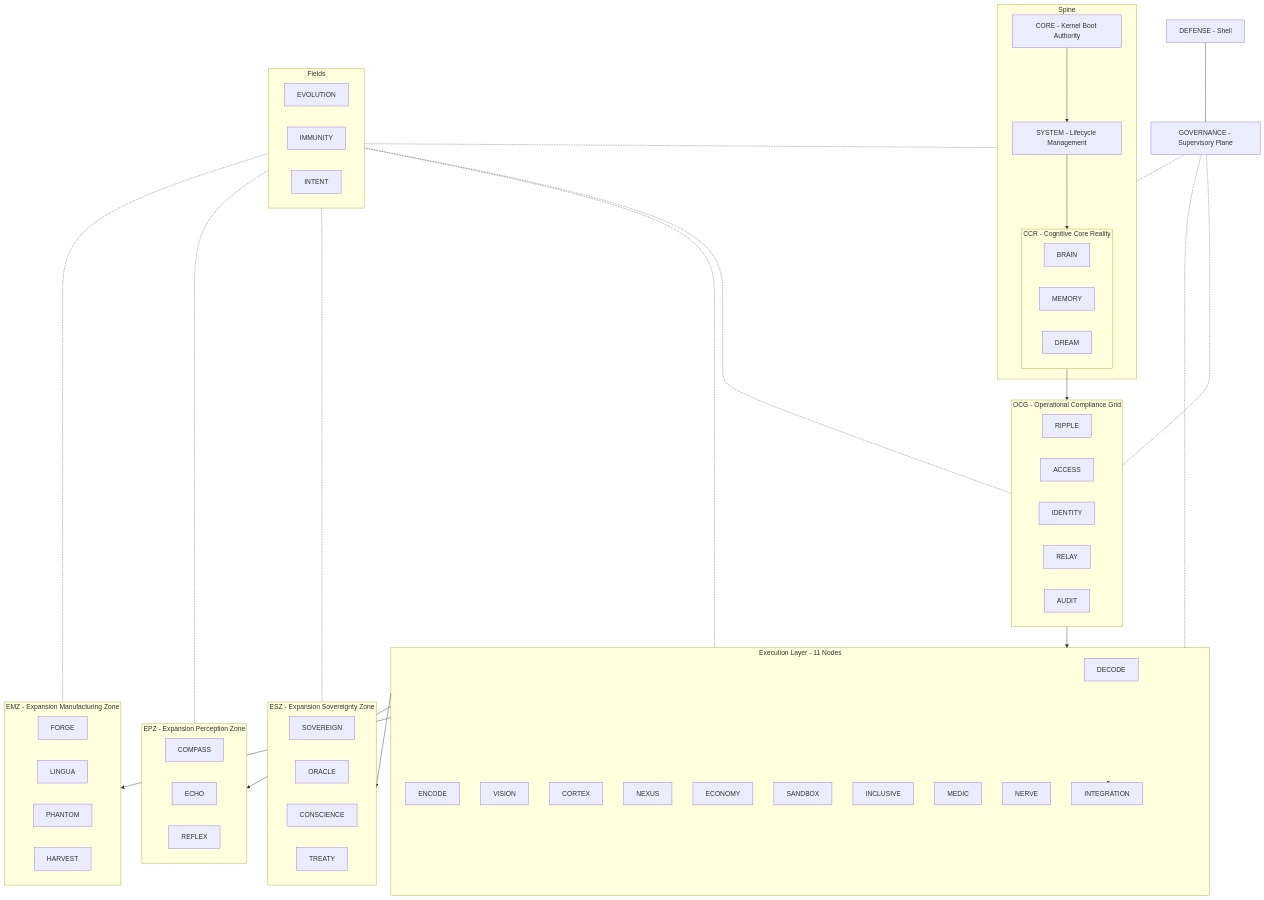
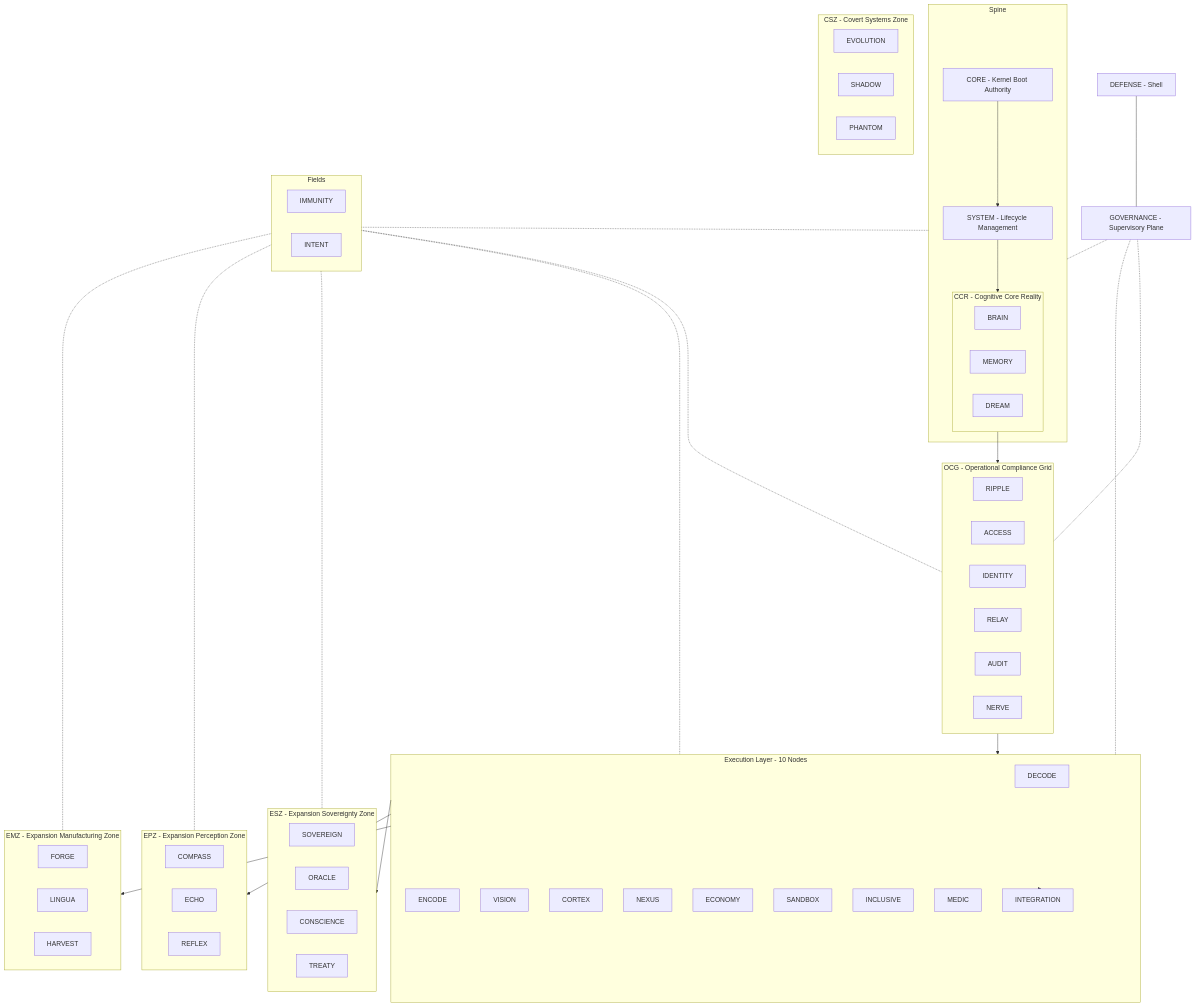
Before and after one commit to SweetKenneth/cmpsbl: the diagram in docs/01-architecture/master-architecture-spec.md, drawn with Mermaid. The commit also changed other lines of this file, not shown here.

Commit message:
Update canonical docs to v13.1.0

```diff
--- a/docs/01-architecture/master-architecture-spec.md
+++ b/docs/01-architecture/master-architecture-spec.md
@@ -43,9 +43,10 @@
         IDENTITY[IDENTITY]
         RELAY[RELAY]
         AUDIT_NODE[AUDIT]
+        NERVE_NODE[NERVE]
     end
 
-    subgraph EXL[Execution Layer - 11 Nodes]
+    subgraph EXL[Execution Layer - 10 Nodes]
         DECODE[DECODE]
         ENCODE[ENCODE]
         VISION[VISION]
@@ -55,7 +56,6 @@
         SANDBOX[SANDBOX]
         INCLUSIVE[INCLUSIVE]
         MEDIC[MEDIC]
-        NERVE_NODE[NERVE]
         INTEGRATION[INTEGRATION]
     end
 
@@ -75,12 +75,16 @@
     subgraph EMZ[EMZ - Expansion Manufacturing Zone]
         FORGE[FORGE]
         LINGUA[LINGUA]
-        PHANTOM[PHANTOM]
         HARVEST[HARVEST]
     end
 
+    subgraph CSZ[CSZ - Covert Systems Zone]
+        EVOLUTION[EVOLUTION]
+        SHADOW[SHADOW]
+        PHANTOM[PHANTOM]
+    end
+
     subgraph Fields
-        EVOLUTION[EVOLUTION]
         IMMUNITY[IMMUNITY]
         INTENT[INTENT]
     end
```
